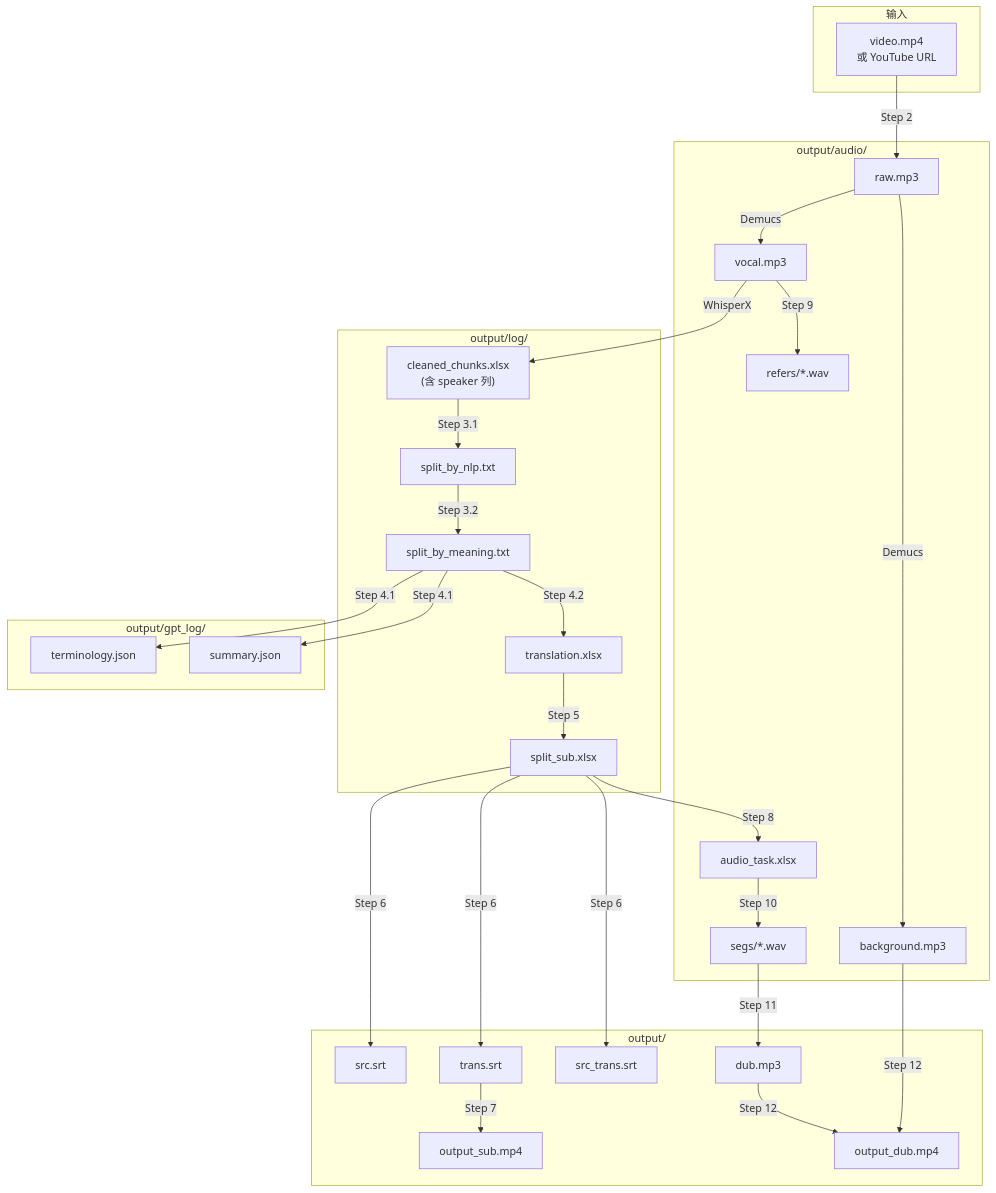
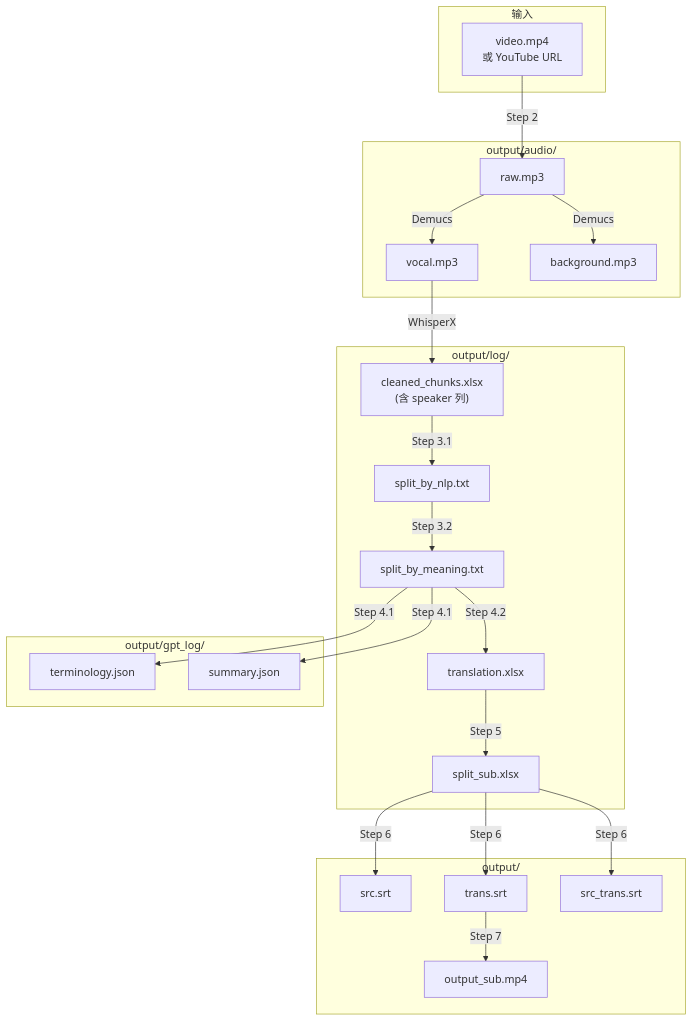
Diagram 18 of 21 in docs/ARCHITECTURE.md (NuoManDai/VedioAITranslateSub), drawn with Mermaid before and after one commit. The commit also changed other lines of this file and 1 other file, not shown here.

````diff
--- a/docs/ARCHITECTURE.md
+++ b/docs/ARCHITECTURE.md
@@ -990,58 +1176,47 @@
 ```mermaid
 flowchart TD
     subgraph Input["输入"]
         V["video.mp4<br/>或 YouTube URL"]
     end
     
     subgraph Audio["output/audio/"]
         A1["raw.mp3"]
         A2["vocal.mp3"]
         A3["background.mp3"]
-        A4["refers/*.wav"]
-        A5["segs/*.wav"]
-        A6["audio_task.xlsx"]
     end
     
     subgraph Log["output/log/"]
         L1["cleaned_chunks.xlsx<br/>(含 speaker 列)"]
         L2["split_by_nlp.txt"]
         L3["split_by_meaning.txt"]
         L4["translation.xlsx"]
         L5["split_sub.xlsx"]
     end
     
     subgraph GPTLog["output/gpt_log/"]
         G1["terminology.json"]
         G2["summary.json"]
     end
     
     subgraph Final["output/"]
         F1["src.srt"]
         F2["trans.srt"]
         F3["src_trans.srt"]
-        F4["dub.mp3"]
         F5["output_sub.mp4"]
-        F6["output_dub.mp4"]
     end
     
     V -->|Step 2| A1
     A1 -->|Demucs| A2
     A1 -->|Demucs| A3
     A2 -->|WhisperX| L1
     L1 -->|Step 3.1| L2
     L2 -->|Step 3.2| L3
     L3 -->|Step 4.1| G1
     L3 -->|Step 4.1| G2
     L3 -->|Step 4.2| L4
     L4 -->|Step 5| L5
     L5 -->|Step 6| F1
     L5 -->|Step 6| F2
     L5 -->|Step 6| F3
     F2 -->|Step 7| F5
-    L5 -->|Step 8| A6
-    A2 -->|Step 9| A4
-    A6 -->|Step 10| A5
-    A5 -->|Step 11| F4
-    F4 -->|Step 12| F6
-    A3 -->|Step 12| F6
 ```
````
